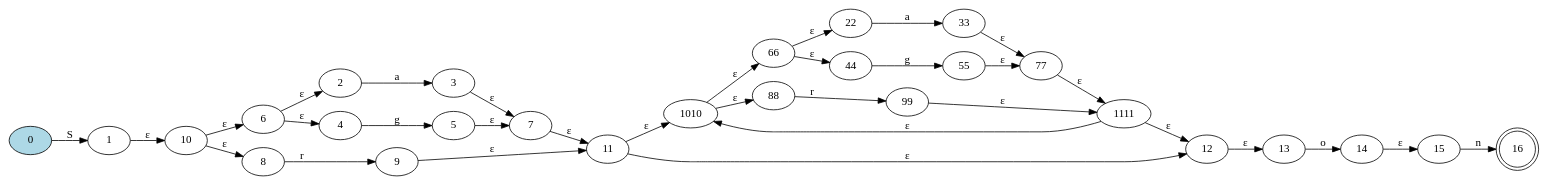
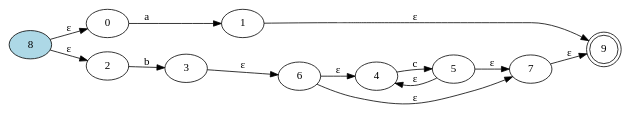
The diagram in NDFA.dot (Daniel-Sima/Clone-of-the-egrep-UNIX-command), drawn with Graphviz before and after one commit. The commit also changed 14 other files, not shown here.

```diff
--- a/NDFA.dot
+++ b/NDFA.dot
@@ -1,39 +1,19 @@
 digraph {
 	rankdir=LR;
 
-	16 [shape=doublecircle]
-	0 [style=filled, fillcolor="lightblue"]
+	9 [shape=doublecircle]
+	8 [style=filled, fillcolor="lightblue"]
 
-	0->1 [label= "S"];
-	2->3 [label= "a"];
-	4->5 [label= "g"];
-	6->2 [label= "ε"];
+	0->1 [label= "a"];
+	2->3 [label= "b"];
+	4->5 [label= "c"];
+	5->4 [label= "ε"];
 	6->4 [label= "ε"];
-	3->7 [label= "ε"];
 	5->7 [label= "ε"];
-	8->9 [label= "r"];
-	10->6 [label= "ε"];
-	10->8 [label= "ε"];
-	7->11 [label= "ε"];
-	9->11 [label= "ε"];
-	1010->66 [label= "ε"];
-	1010->88 [label= "ε"];
-	66->22 [label= "ε"];
-	66->44 [label= "ε"];
-	88->99 [label= "r"];
-	22->33 [label= "a"];
-	44->55 [label= "g"];
-	99->1111 [label= "ε"];
-	33->77 [label= "ε"];
-	55->77 [label= "ε"];
-	77->1111 [label= "ε"];
-	11->1010 [label= "ε"];
-	1111->1010 [label= "ε"];
-	11->12 [label= "ε"];
-	1111->12 [label= "ε"];
-	1->10 [label= "ε"];
-	13->14 [label= "o"];
-	12->13 [label= "ε"];
-	15->16 [label= "n"];
-	14->15 [label= "ε"];
+	6->7 [label= "ε"];
+	3->6 [label= "ε"];
+	8->0 [label= "ε"];
+	8->2 [label= "ε"];
+	1->9 [label= "ε"];
+	7->9 [label= "ε"];
 }
```
